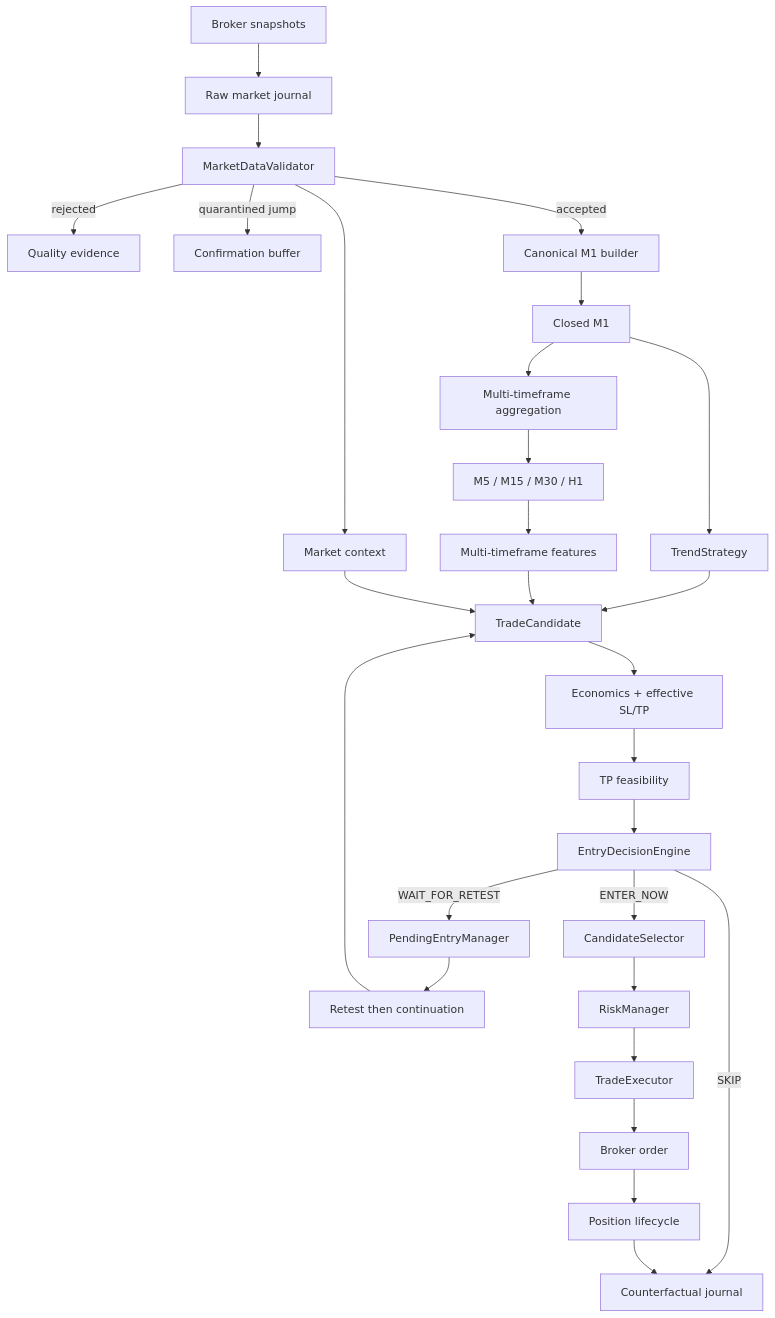
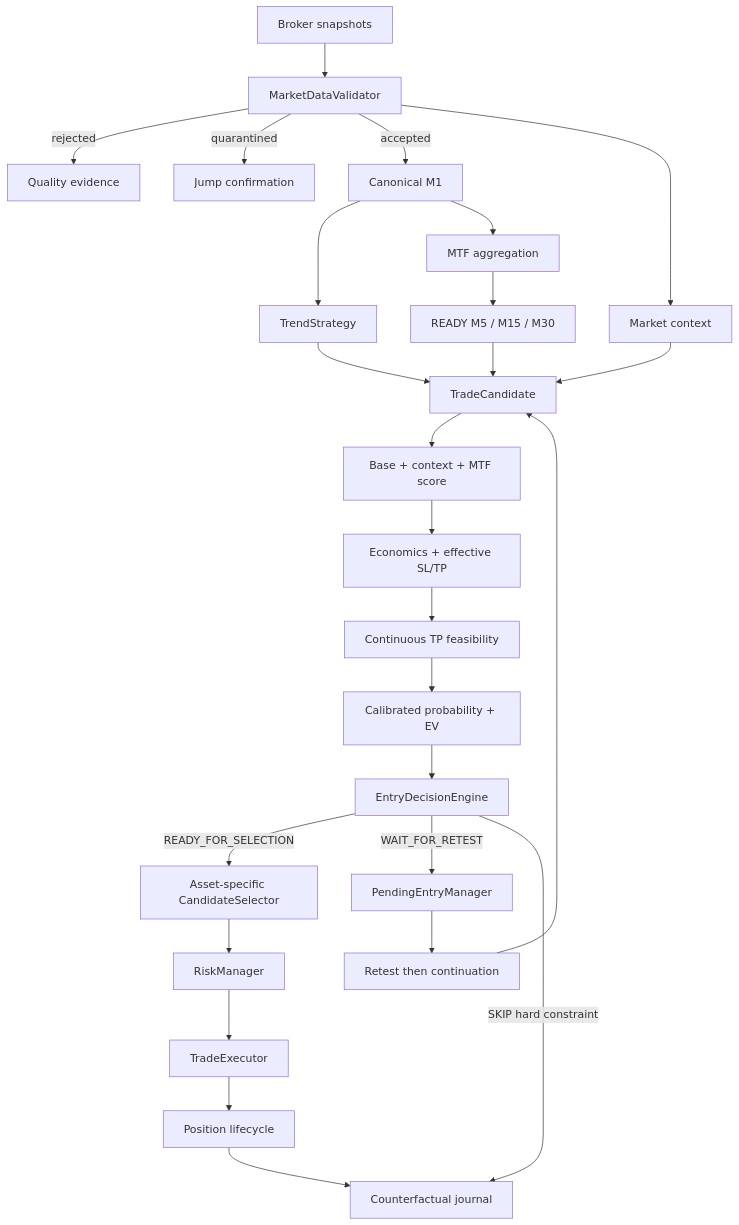
One commit to Kaesarou/earendil changed the diagram in README.md. Above: the diagram before and after it, drawn with Mermaid. The commit also changed other lines of this file, not shown here.

Commit message:
Align README with PR5-B decision contract

````diff
--- a/README.md
+++ b/README.md
@@ -54,30 +48,28 @@
 ```mermaid
 flowchart TD
-    A[Broker snapshots] --> B[Raw market journal]
-    B --> C[MarketDataValidator]
-    C -->|rejected| D[Quality evidence]
-    C -->|quarantined jump| E[Confirmation buffer]
-    C -->|accepted| F[Canonical M1 builder]
-    C --> L[Market context]
-    F --> G[Closed M1]
-    G --> H[TrendStrategy]
-    G --> I[Multi-timeframe aggregation]
-    I --> J[M5 / M15 / M30 / H1]
-    J --> K[Multi-timeframe features]
-    H --> M[TradeCandidate]
-    K --> M
-    L --> M
-    M --> N[Economics + effective SL/TP]
-    N --> O[TP feasibility]
-    O --> P[EntryDecisionEngine]
-    P -->|ENTER_NOW| Q[CandidateSelector]
-    P -->|WAIT_FOR_RETEST| R[PendingEntryManager]
-    P -->|SKIP| S[Counterfactual journal]
-    R --> T[Retest then continuation]
-    T --> M
-    Q --> U[RiskManager]
-    U --> V[TradeExecutor]
-    V --> W[Broker order]
-    W --> X[Position lifecycle]
-    X --> S
+    A[Broker snapshots] --> B[MarketDataValidator]
+    B -->|rejected| C[Quality evidence]
+    B -->|quarantined| D[Jump confirmation]
+    B -->|accepted| E[Canonical M1]
+    B --> F[Market context]
+    E --> G[TrendStrategy]
+    E --> H[MTF aggregation]
+    H --> I[READY M5 / M15 / M30]
+    G --> J[TradeCandidate]
+    F --> J
+    I --> J
+    J --> K[Base + context + MTF score]
+    K --> L[Economics + effective SL/TP]
+    L --> M[Continuous TP feasibility]
+    M --> N[Calibrated probability + EV]
+    N --> O[EntryDecisionEngine]
+    O -->|READY_FOR_SELECTION| P[Asset-specific CandidateSelector]
+    O -->|WAIT_FOR_RETEST| Q[PendingEntryManager]
+    O -->|SKIP hard constraint| R[Counterfactual journal]
+    Q --> S[Retest then continuation]
+    S --> J
+    P --> T[RiskManager]
+    T --> U[TradeExecutor]
+    U --> V[Position lifecycle]
+    V --> R
 ```
````
